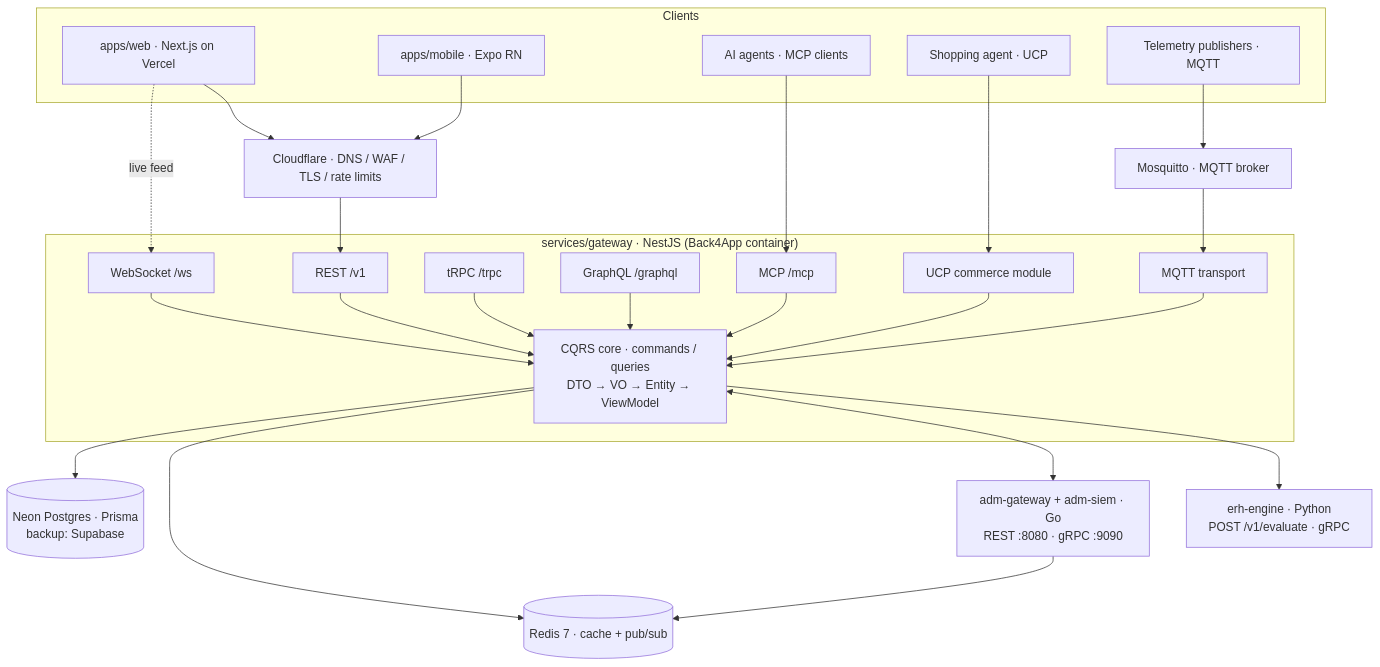
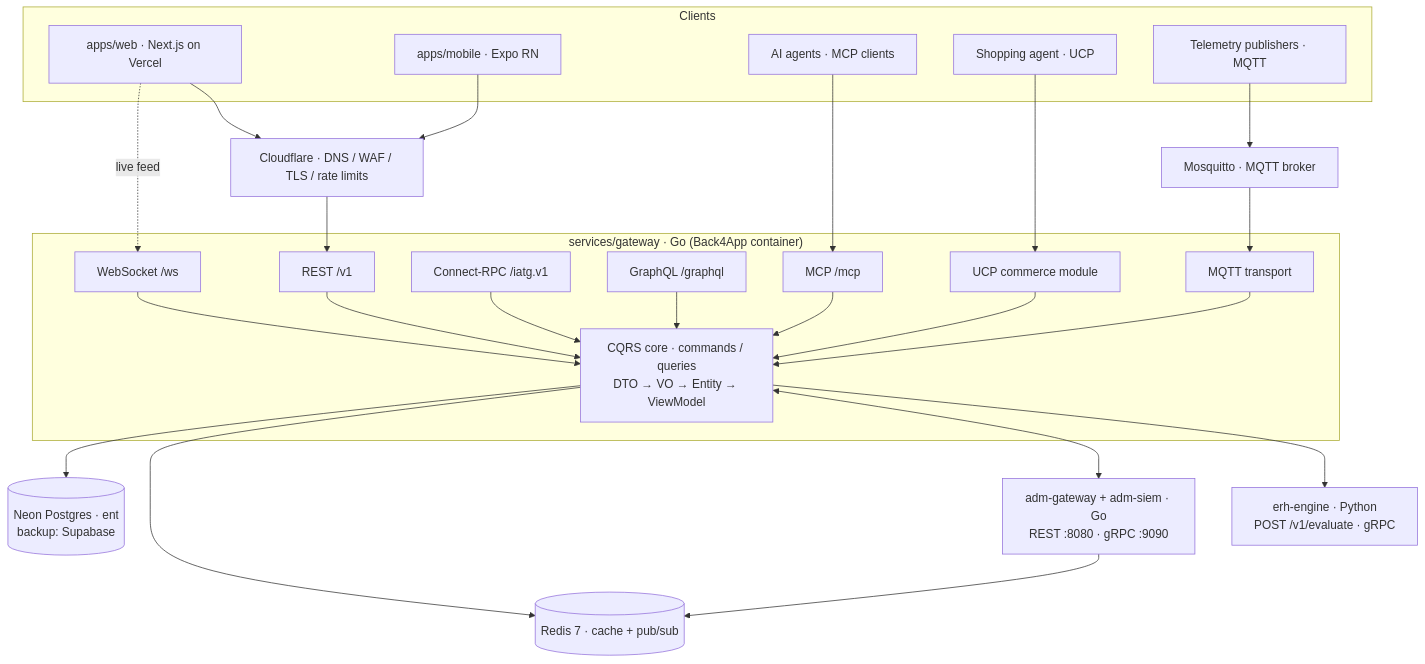
One commit to Jest-Test-Team/inclusive-ai-trust-gateway changed the diagram in docs/architecture.md. Above: the diagram before and after it, drawn with Mermaid. The commit also changed other lines of this file and 1 other file, not shown here.

First line of the commit message:
docs: switch gateway stack to Go after owner override

````diff
--- a/docs/architecture.md
+++ b/docs/architecture.md
@@ -5,49 +5,49 @@
 ```mermaid
 flowchart TB
     subgraph clients["Clients"]
         WEB[apps/web · Next.js on Vercel]
         MOB[apps/mobile · Expo RN]
         AGENT[AI agents · MCP clients]
         SHOP[Shopping agent · UCP]
         IOT[Telemetry publishers · MQTT]
     end
 
     CF[Cloudflare · DNS / WAF / TLS / rate limits]
 
-    subgraph gw["services/gateway · NestJS (Back4App container)"]
+    subgraph gw["services/gateway · Go (Back4App container)"]
         REST[REST /v1]
         WS[WebSocket /ws]
-        TRPC[tRPC /trpc]
+        TRPC[Connect-RPC /iatg.v1]
         GQL[GraphQL /graphql]
         MCP[MCP /mcp]
         UCP[UCP commerce module]
         MQ[MQTT transport]
         CORE[CQRS core · commands / queries<br/>DTO → VO → Entity → ViewModel]
         REST --> CORE
         WS --> CORE
         TRPC --> CORE
         GQL --> CORE
         MCP --> CORE
         UCP --> CORE
         MQ --> CORE
     end
 
     ERH[erh-engine · Python<br/>POST /v1/evaluate · gRPC]
     ADM[adm-gateway + adm-siem · Go<br/>REST :8080 · gRPC :9090]
     REDIS[(Redis 7 · cache + pub/sub)]
     MOSQ[Mosquitto · MQTT broker]
-    PG[(Neon Postgres · Prisma<br/>backup: Supabase)]
+    PG[(Neon Postgres · ent<br/>backup: Supabase)]
 
     WEB --> CF --> REST
     WEB -.live feed.-> WS
     MOB --> CF
     AGENT --> MCP
     SHOP --> UCP
     IOT --> MOSQ --> MQ
 
     CORE --> ERH
     CORE <--> ADM
     CORE --> REDIS
     CORE --> PG
     ADM --> REDIS
 ```
````
